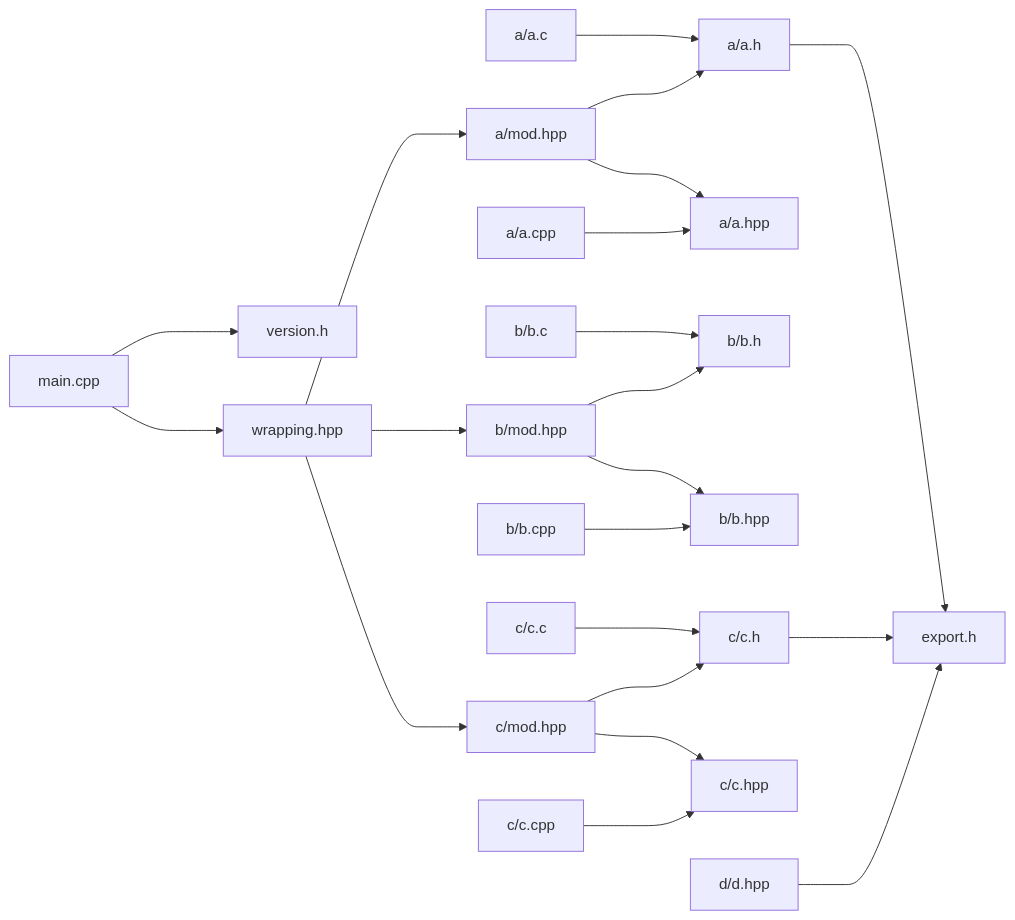
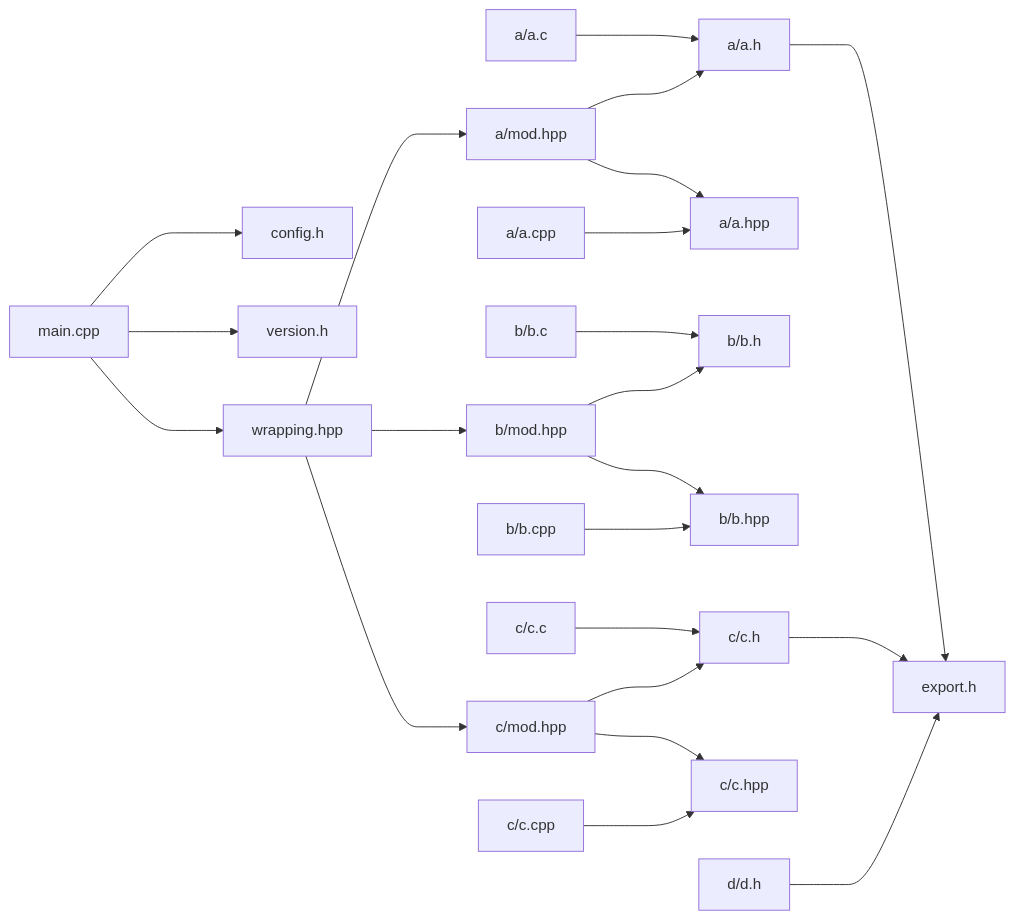
Before and after one commit to ascpkg/asc: the diagram in test_c_cpp.md, drawn with Mermaid. The commit also changed 10 other files, not shown here.

````diff
--- a/test_c_cpp.md
+++ b/test_c_cpp.md
@@ -1,23 +1,24 @@
 ```mermaid
 flowchart LR;
+    main.cpp ---> config.h;
     main.cpp ---> version.h;
     a/a.c ---> a/a.h;
     a/mod.hpp ---> a/a.h;
     a/a.cpp ---> a/a.hpp;
     a/mod.hpp ---> a/a.hpp;
     wrapping.hpp ---> a/mod.hpp;
     b/b.c ---> b/b.h;
     b/mod.hpp ---> b/b.h;
     b/b.cpp ---> b/b.hpp;
     b/mod.hpp ---> b/b.hpp;
     wrapping.hpp ---> b/mod.hpp;
     c/c.c ---> c/c.h;
     c/mod.hpp ---> c/c.h;
     c/c.cpp ---> c/c.hpp;
     c/mod.hpp ---> c/c.hpp;
     wrapping.hpp ---> c/mod.hpp;
     a/a.h ---> export.h;
     c/c.h ---> export.h;
-    d/d.hpp ---> export.h;
+    d/d.h ---> export.h;
     main.cpp ---> wrapping.hpp;
 ```
````
